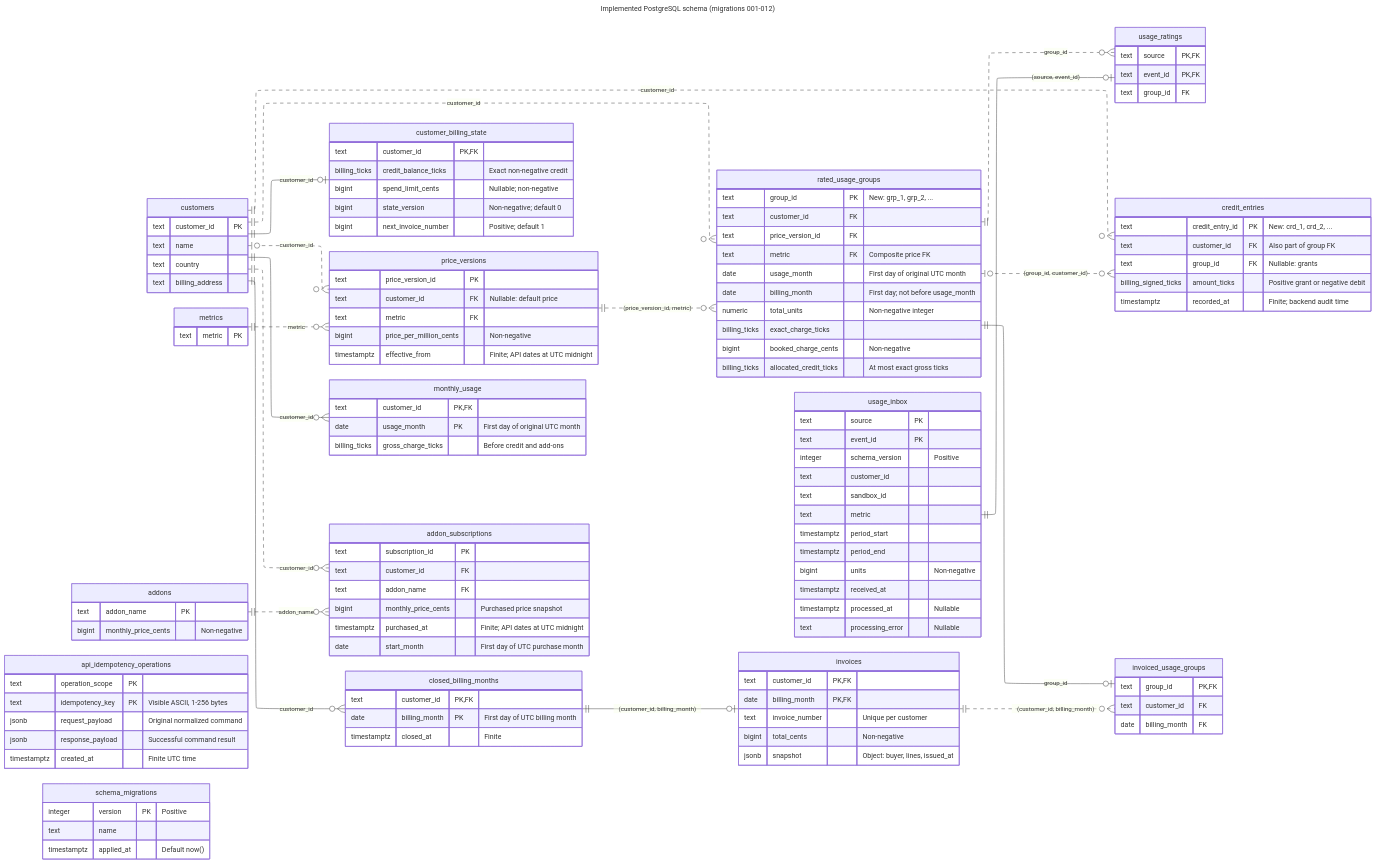
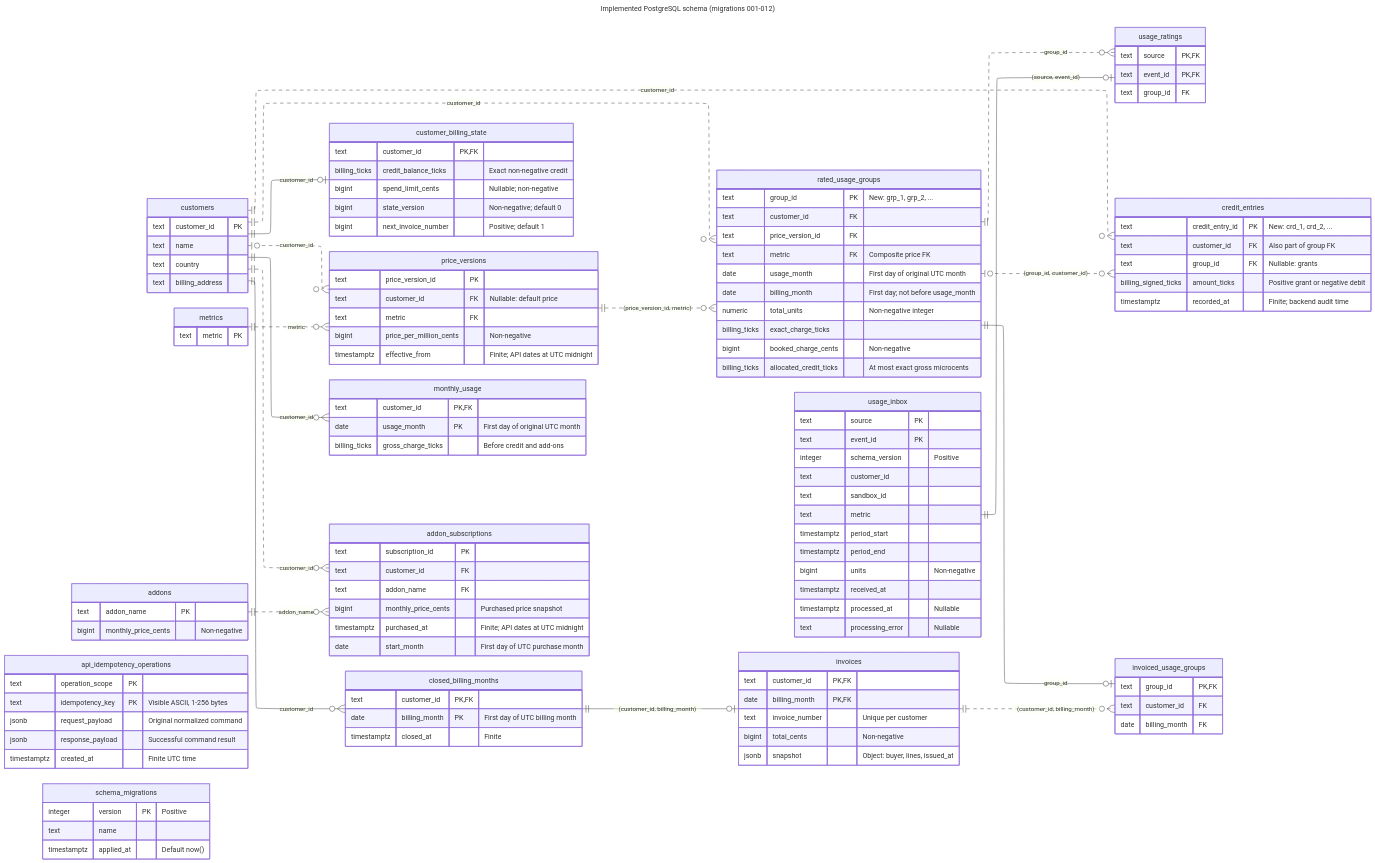
Before and after one commit to pupitooo/e2b-billing-api: the diagram in docs/diagrams/implemented-data-model/implemented-data-model.mmd, drawn with Mermaid. The commit also changed 32 other files, not shown here.

First line of the commit message:
Verify zero-cent invoices and document exact money (#83)

```diff
--- a/docs/diagrams/implemented-data-model/implemented-data-model.mmd
+++ b/docs/diagrams/implemented-data-model/implemented-data-model.mmd
@@ -1,161 +1,161 @@
 ---
 title: Implemented PostgreSQL schema (migrations 001-012)
 config:
   layout: elk
 ---
 erDiagram
     direction LR
 
     customers ||--o| customer_billing_state : customer_id
     customers |o..o{ price_versions : customer_id
     metrics ||..o{ price_versions : metric
     customers ||..o{ rated_usage_groups : customer_id
     price_versions ||..o{ rated_usage_groups : "(price_version_id, metric)"
     usage_inbox ||--o| usage_ratings : "(source, event_id)"
     rated_usage_groups ||..o{ usage_ratings : group_id
     customers ||--o{ monthly_usage : customer_id
     customers ||..o{ credit_entries : customer_id
     rated_usage_groups |o..o{ credit_entries : "(group_id, customer_id)"
     customers ||..o{ addon_subscriptions : customer_id
     addons ||..o{ addon_subscriptions : addon_name
 
     customers ||--o{ closed_billing_months : customer_id
     closed_billing_months ||--o| invoices : "(customer_id, billing_month)"
     invoices ||..o{ invoiced_usage_groups : "(customer_id, billing_month)"
     rated_usage_groups ||--o| invoiced_usage_groups : group_id
 
     usage_inbox {
         text source PK
         text event_id PK
         integer schema_version "Positive"
         text customer_id
         text sandbox_id
         text metric
         timestamptz period_start
         timestamptz period_end
         bigint units "Non-negative"
         timestamptz received_at
         timestamptz processed_at "Nullable"
         text processing_error "Nullable"
     }
     usage_ratings {
         text source PK,FK
         text event_id PK,FK
         text group_id FK
     }
     rated_usage_groups {
         text group_id PK "New: grp_1, grp_2, ..."
         text customer_id FK
         text price_version_id FK
         text metric FK "Composite price FK"
         date usage_month "First day of original UTC month"
         date billing_month "First day; not before usage_month"
         numeric total_units "Non-negative integer"
         billing_ticks exact_charge_ticks
         bigint booked_charge_cents "Non-negative"
-        billing_ticks allocated_credit_ticks "At most exact gross ticks"
+        billing_ticks allocated_credit_ticks "At most exact gross microcents"
     }
     customers {
         text customer_id PK
         text name
         text country
         text billing_address
     }
     customer_billing_state {
         text customer_id PK,FK
         billing_ticks credit_balance_ticks "Exact non-negative credit"
         bigint spend_limit_cents "Nullable; non-negative"
         bigint state_version "Non-negative; default 0"
         bigint next_invoice_number "Positive; default 1"
     }
     metrics {
         text metric PK
     }
     price_versions {
         text price_version_id PK
         text customer_id FK "Nullable: default price"
         text metric FK
         bigint price_per_million_cents "Non-negative"
         timestamptz effective_from "Finite; API dates at UTC midnight"
     }
     monthly_usage {
         text customer_id PK,FK
         date usage_month PK "First day of original UTC month"
         billing_ticks gross_charge_ticks "Before credit and add-ons"
     }
     credit_entries {
         text credit_entry_id PK "New: crd_1, crd_2, ..."
         text customer_id FK "Also part of group FK"
         text group_id FK "Nullable: grants"
         billing_signed_ticks amount_ticks "Positive grant or negative debit"
         timestamptz recorded_at "Finite; backend audit time"
     }
     addons {
         text addon_name PK
         bigint monthly_price_cents "Non-negative"
     }
     addon_subscriptions {
         text subscription_id PK
         text customer_id FK
         text addon_name FK
         bigint monthly_price_cents "Purchased price snapshot"
         timestamptz purchased_at "Finite; API dates at UTC midnight"
         date start_month "First day of UTC purchase month"
     }
     closed_billing_months {
         text customer_id PK,FK
         date billing_month PK "First day of UTC billing month"
         timestamptz closed_at "Finite"
     }
     invoices {
         text customer_id PK,FK
         date billing_month PK,FK
         text invoice_number "Unique per customer"
         bigint total_cents "Non-negative"
         jsonb snapshot "Object: buyer, lines, issued_at"
     }
     invoiced_usage_groups {
         text group_id PK,FK
         text customer_id FK
         date billing_month FK
     }
     api_idempotency_operations {
         text operation_scope PK
         text idempotency_key PK "Visible ASCII, 1-256 bytes"
         jsonb request_payload "Original normalized command"
         jsonb response_payload "Successful command result"
         timestamptz created_at "Finite UTC time"
     }
     schema_migrations {
         integer version PK "Positive"
         text name
         timestamptz applied_at "Default now()"
     }
 
     %% This diagram covers all 16 tables after migrate.sql and migrations 001-012.
     %% All columns are NOT NULL unless explicitly labeled Nullable.
     %% PK and FK markers identify membership in primary and foreign keys, including composite keys.
     %% Solid relationships include parent identity in the child's primary key; dashed ones do not.
     %% Edges show declared foreign keys only; usage_inbox has no customer or metric FK.
-    %% billing_ticks is numeric constrained to non-negative finite integers; 1 cent = 1_000_000 ticks.
+    %% billing_ticks is numeric constrained to non-negative finite integers; 1 cent = 1_000_000 microcents.
     %% billing_signed_ticks is numeric constrained to signed finite integers for credit history.
     %% price_versions UNIQUE NULLS NOT DISTINCT: (customer_id, metric, effective_from).
     %% price_versions UNIQUE: (price_version_id, metric).
     %% rated_usage_groups UNIQUE: (customer_id, price_version_id, usage_month, billing_month).
     %% rated_usage_groups UNIQUE: (group_id, customer_id).
     %% addon_subscriptions UNIQUE: (customer_id, addon_name).
     %% invoices UNIQUE: (customer_id, invoice_number).
     %% price_versions, usage_ratings, and credit_entries reject updates and deletes through triggers.
     %% Closed months, API commands, invoices and invoiced groups reject updates and deletes.
     %% Triggers also preserve group identity and validate receipt customer, metric, and UTC month.
     %% A group referenced by invoiced_usage_groups rejects updates and deletes.
     %% InvoiceLine values are stored in invoices.snapshot.lines; there is no invoice_lines table.
     %% No extra FK matches invoiced_usage_groups customer/month to the group's customer/month.
     %% Those ownership checks belong to the closing transaction; edges show only declared FKs.
 
     %% api_idempotency_operations has no resource FK: the immutable result is a JSON snapshot.
     %% Prices, add-ons, credit grants and limit changes share this history; caller keys never become internal IDs.
     %% Scoped operation history rejects updates and deletes; financial effects and results commit together.
 
     %% Migration 012 adds owned, noncycling bigint sequences for new group and credit IDs.
     %% Existing IDs and references remain intact; rollback can leave sequence gaps.
```
